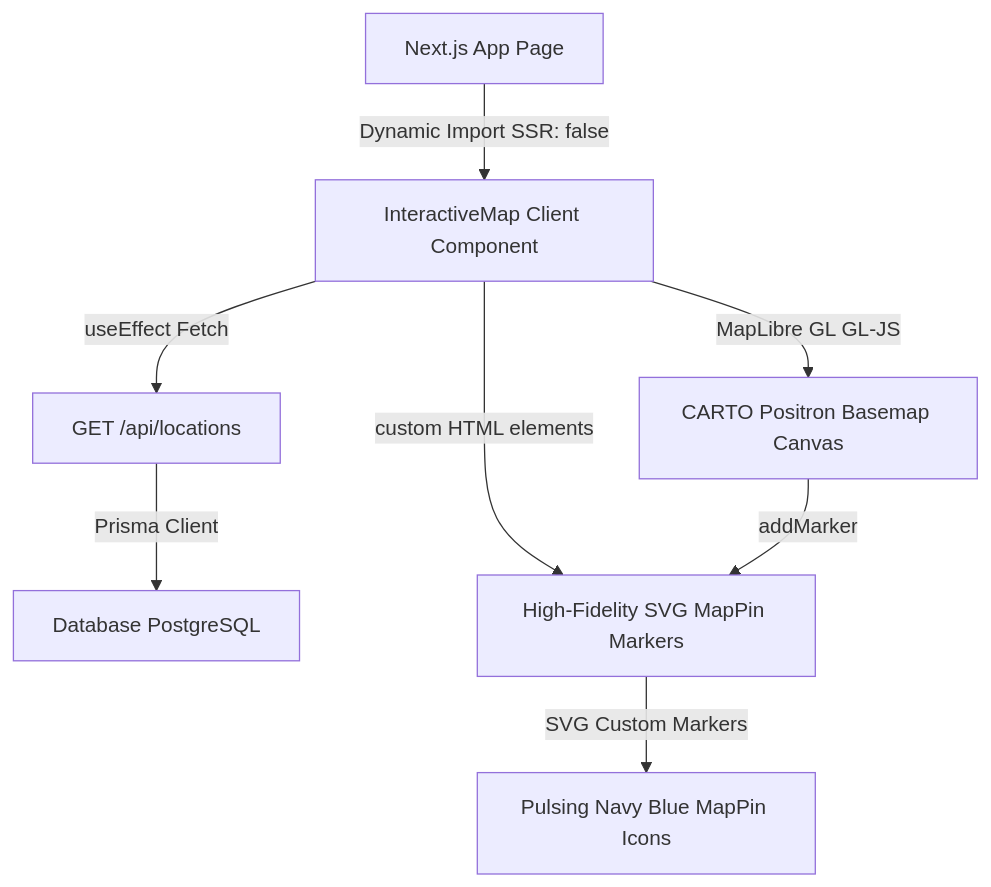
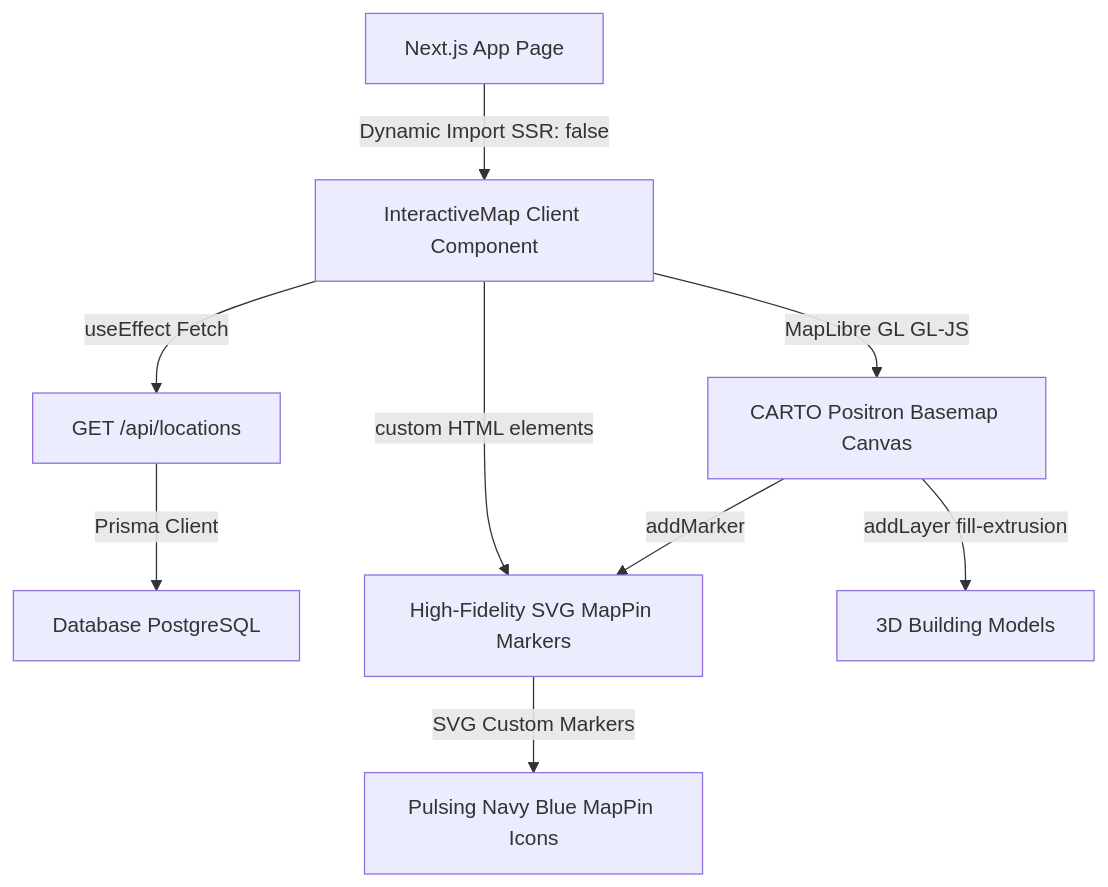
Before and after one commit to Otochicatole/ventus-app-v2: the diagram in agent/map-integration.md, drawn with Mermaid. The commit also changed other lines of this file and 1 other file, not shown here.

Commit message:
feat: implement 3D building extrusions and responsive mobile-first layout in the interactive map module

````diff
--- a/agent/map-integration.md
+++ b/agent/map-integration.md
@@ -11,10 +11,11 @@
 ```mermaid
 graph TD
     A[Next.js App Page] -->|Dynamic Import SSR: false| B[InteractiveMap Client Component]
     B -->|useEffect Fetch| C[GET /api/locations]
     C -->|Prisma Client| D[Database PostgreSQL]
     B -->|MapLibre GL GL-JS| E[CARTO Positron Basemap Canvas]
     B -->|custom HTML elements| F[High-Fidelity SVG MapPin Markers]
+    E -->|addLayer fill-extrusion| H[3D Building Models]
     E -->|addMarker| F
     F -->|SVG Custom Markers| G[Pulsing Navy Blue MapPin Icons]
 ```
````
